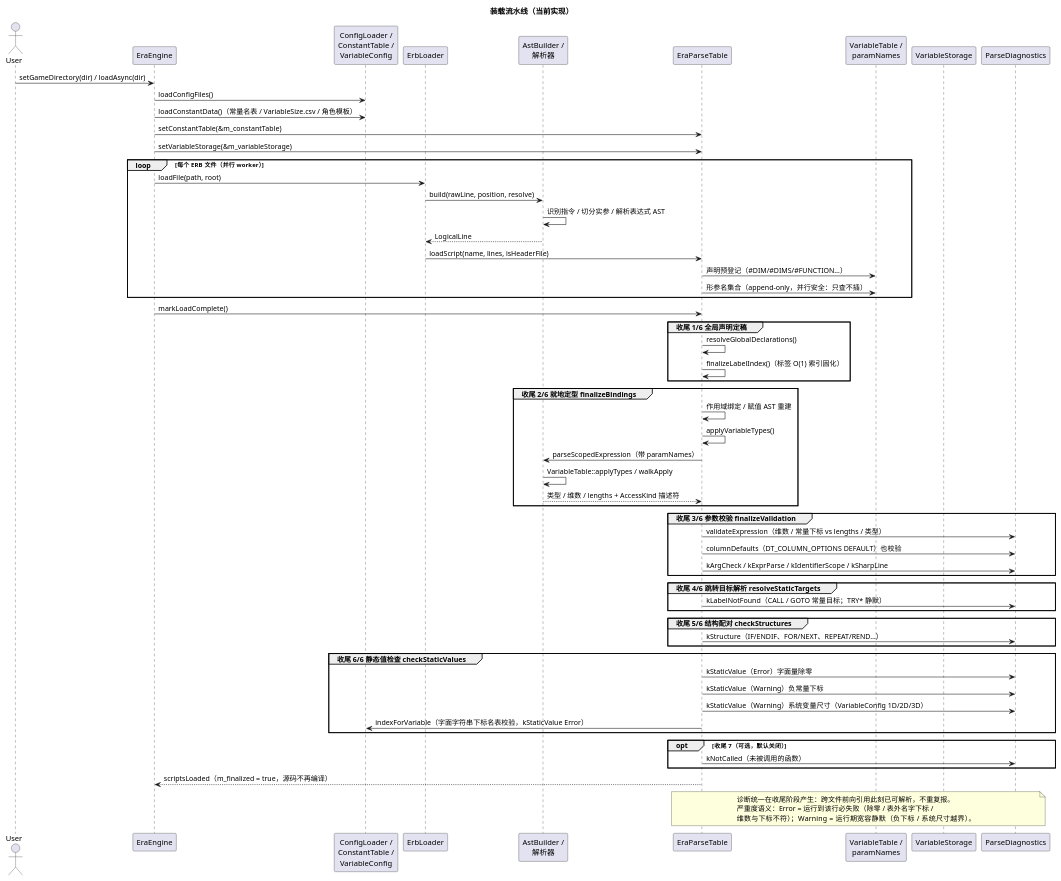
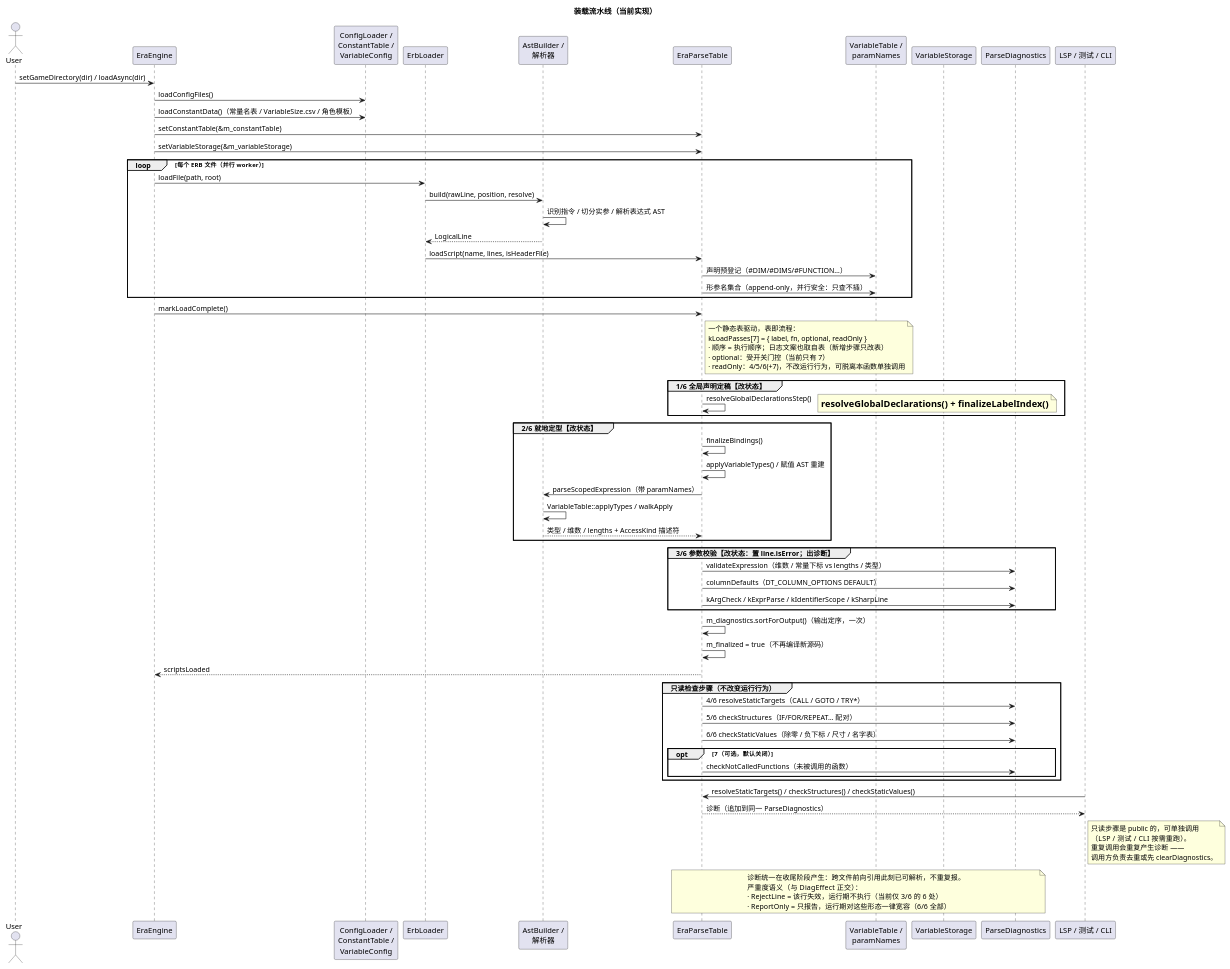
The diagram in docs/uml/04-load-pipeline.puml (yigekuyou/qt-eraemu), drawn with PlantUML before and after one commit. The commit also changed 18 other files, not shown here.

```diff
--- a/docs/uml/04-load-pipeline.puml
+++ b/docs/uml/04-load-pipeline.puml
@@ -1,81 +1,91 @@
 @startuml 04-load-pipeline
 ' 无 graphviz(dot) 环境下用 PlantUML 内置 smetana 布局引擎
 !pragma layout smetana
-' emuera —— 装载流水线（CSV → ERB 解析 → markLoadComplete 1..6(+7) → 诊断）
+' emuera —— 装载流水线（CSV → ERB 解析 → pass 表驱动收尾 → 诊断）
 ' 渲染：plantuml docs/uml/04-load-pipeline.puml
 title 装载流水线（当前实现）
 
 actor User
 participant "EraEngine" as E
 participant "ConfigLoader /\nConstantTable /\nVariableConfig" as CSV
 participant "ErbLoader" as L
 participant "AstBuilder /\n解析器" as AB
 participant "EraParseTable" as T
 participant "VariableTable /\nparamNames" as VT
 participant "VariableStorage" as S
 participant "ParseDiagnostics" as D
+participant "LSP / 测试 / CLI" as LSP
 
 User -> E : setGameDirectory(dir) / loadAsync(dir)
 E -> CSV : loadConfigFiles()
 E -> CSV : loadConstantData()（常量名表 / VariableSize.csv / 角色模板）
 E -> T : setConstantTable(&m_constantTable)
 E -> T : setVariableStorage(&m_variableStorage)
 
 loop 每个 ERB 文件（并行 worker）
   E -> L : loadFile(path, root)
   L -> AB : build(rawLine, position, resolve)
   AB -> AB : 识别指令 / 切分实参 / 解析表达式 AST
   AB --> L : LogicalLine
   L -> T : loadScript(name, lines, isHeaderFile)
   T -> VT : 声明预登记（#DIM/#DIMS/#FUNCTION…）
   T -> VT : 形参名集合（append-only，并行安全：只查不插）
 end
 
 E -> T : markLoadComplete()
+note right of T
+  一个静态表驱动，表即流程：
+  kLoadPasses[7] = { label, fn, optional, readOnly }
+  · 顺序 = 执行顺序；日志文案也取自表（新增步骤只改表）
+  · optional：受开关门控（当前只有 7）
+  · readOnly：4/5/6(+7)，不改运行行为，可脱离本函数单独调用
+end note
 
-group 收尾 1/6 全局声明定稿
-  T -> T : resolveGlobalDeclarations()
-  T -> T : finalizeLabelIndex()（标签 O(1) 索引固化）
+group 1/6 全局声明定稿【改状态】
+  T -> T : resolveGlobalDeclarationsStep()
+  note right : = resolveGlobalDeclarations() + finalizeLabelIndex()
 end
 
-group 收尾 2/6 就地定型 finalizeBindings
-  T -> T : 作用域绑定 / 赋值 AST 重建
-  T -> T : applyVariableTypes()
+group 2/6 就地定型【改状态】
+  T -> T : finalizeBindings()
+  T -> T : applyVariableTypes() / 赋值 AST 重建
   T -> AB : parseScopedExpression（带 paramNames）
   AB -> AB : VariableTable::applyTypes / walkApply
   AB --> T : 类型 / 维数 / lengths + AccessKind 描述符
 end
 
-group 收尾 3/6 参数校验 finalizeValidation
+group 3/6 参数校验【改状态：置 line.isError；出诊断】
   T -> D : validateExpression（维数 / 常量下标 vs lengths / 类型）
-  T -> D : columnDefaults（DT_COLUMN_OPTIONS DEFAULT）也校验
+  T -> D : columnDefaults（DT_COLUMN_OPTIONS DEFAULT）
   T -> D : kArgCheck / kExprParse / kIdentifierScope / kSharpLine
 end
 
-group 收尾 4/6 跳转目标解析 resolveStaticTargets
-  T -> D : kLabelNotFound（CALL / GOTO 常量目标；TRY* 静默）
+T -> T : m_diagnostics.sortForOutput()（输出定序，一次）
+T -> T : m_finalized = true（不再编译新源码）
+T --> E : scriptsLoaded
+
+group 只读检查步骤（不改变运行行为）
+  T -> D : 4/6 resolveStaticTargets（CALL / GOTO / TRY*）
+  T -> D : 5/6 checkStructures（IF/FOR/REPEAT… 配对）
+  T -> D : 6/6 checkStaticValues（除零 / 负下标 / 尺寸 / 名字表）
+  opt 7（可选，默认关闭）
+    T -> D : checkNotCalledFunctions（未被调用的函数）
+  end
 end
 
-group 收尾 5/6 结构配对 checkStructures
-  T -> D : kStructure（IF/ENDIF、FOR/NEXT、REPEAT/REND…）
-end
-
-group 收尾 6/6 静态值检查 checkStaticValues
-  T -> D : kStaticValue（Error）字面量除零
-  T -> D : kStaticValue（Warning）负常量下标
-  T -> D : kStaticValue（Warning）系统变量尺寸（VariableConfig 1D/2D/3D）
-  T -> CSV : indexForVariable（字面字符串下标名表校验，kStaticValue Error）
-end
-
-opt 收尾 7（可选，默认关闭）
-  T -> D : kNotCalled（未被调用的函数）
-end
-
-T --> E : scriptsLoaded（m_finalized = true，源码不再编译）
+LSP -> T : resolveStaticTargets() / checkStructures() / checkStaticValues()
+T --> LSP : 诊断（追加到同一 ParseDiagnostics）
+note right of LSP
+  只读步骤是 public 的，可单独调用
+  （LSP / 测试 / CLI 按需重跑）。
+  重复调用会重复产生诊断 ——
+  调用方负责去重或先 clearDiagnostics。
+end note
 
 note over T,D
   诊断统一在收尾阶段产生：跨文件前向引用此刻已可解析，不重复报。
-  严重度语义：Error = 运行到该行必失败（除零 / 表外名字下标 /
-  维数与下标不符）；Warning = 运行期宽容静默（负下标 / 系统尺寸越界）。
+  严重度语义（与 DiagEffect 正交）：
+  · RejectLine  = 该行失效，运行期不执行（当前仅 3/6 的 6 处）
+  · ReportOnly  = 只报告，运行期对这些形态一律宽容（6/6 全部）
 end note
 @enduml
```
